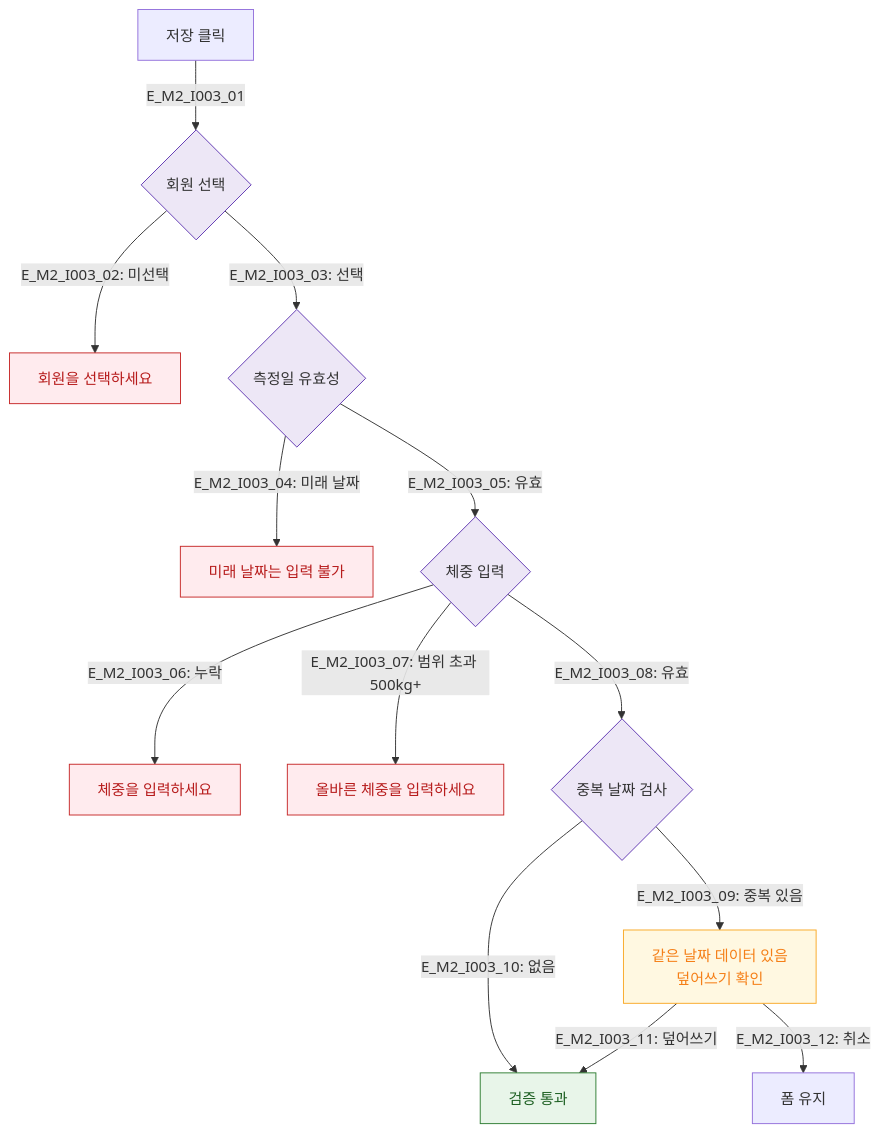
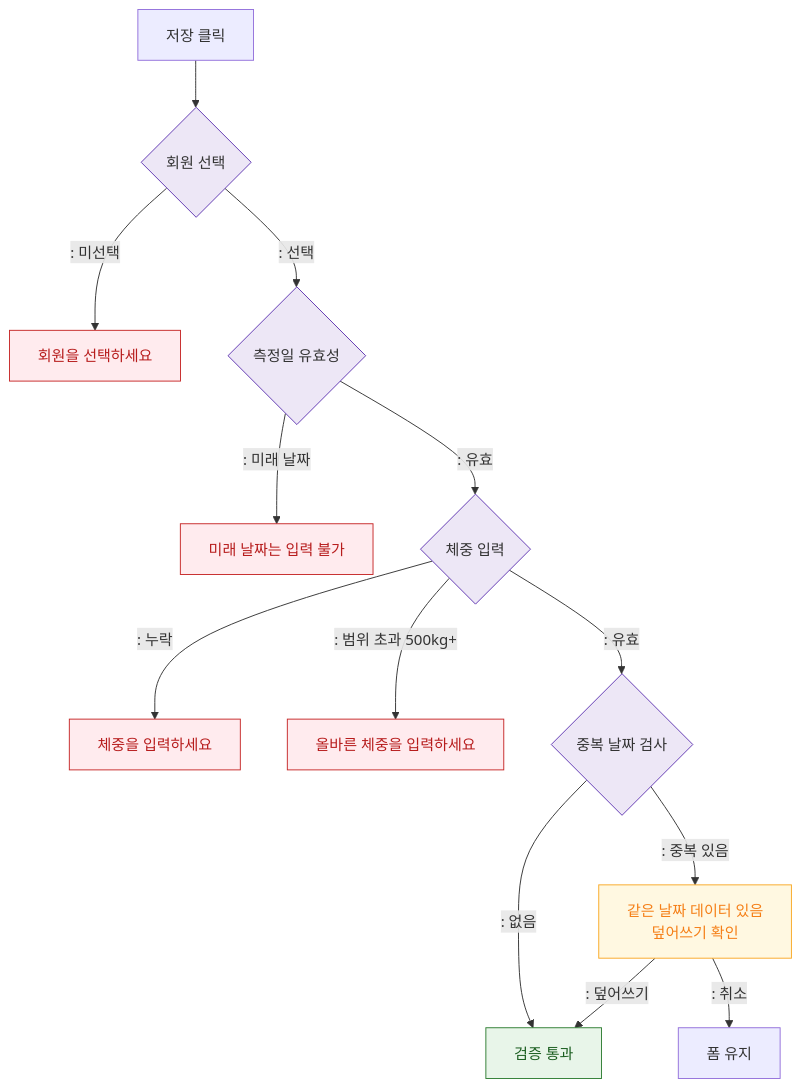
Before and after one commit to dev-spogym/admin-pando: the diagram in docs/다이어그램/D11_통합운영/DLG/DLG-I003_체성분수기등록/M2_필드검증.md, drawn with Mermaid. The commit also changed other lines of this file and 1660 other files, not shown here.

First line of the commit message:
다이어그램: 기획자/클라이언트 납품본으로 정리

````diff
--- a/docs/다이어그램/D11_통합운영/DLG/DLG-I003_체성분수기등록/M2_필드검증.md
+++ b/docs/다이어그램/D11_통합운영/DLG/DLG-I003_체성분수기등록/M2_필드검증.md
@@ -16,27 +14,27 @@
 ```mermaid
 flowchart TD
-    SUBMIT[저장 클릭] -->|E_M2_I003_01| V_MEMBER{회원 선택}
-    V_MEMBER -->|"E_M2_I003_02: 미선택"| ERR_MEMBER[회원을 선택하세요]
-    V_MEMBER -->|"E_M2_I003_03: 선택"| V_DATE{측정일 유효성}
+    SUBMIT[저장 클릭] --> V_MEMBER{회원 선택}
+    V_MEMBER -->|": 미선택"|ERR_MEMBER[회원을 선택하세요]
+    V_MEMBER -->|": 선택"|V_DATE{측정일 유효성}
 
-    V_DATE -->|"E_M2_I003_04: 미래 날짜"| ERR_DATE[미래 날짜는 입력 불가]
-    V_DATE -->|"E_M2_I003_05: 유효"| V_WEIGHT{체중 입력}
+    V_DATE -->|": 미래 날짜"|ERR_DATE[미래 날짜는 입력 불가]
+    V_DATE -->|": 유효"|V_WEIGHT{체중 입력}
 
-    V_WEIGHT -->|"E_M2_I003_06: 누락"| ERR_WEIGHT[체중을 입력하세요]
-    V_WEIGHT -->|"E_M2_I003_07: 범위 초과 500kg+"| ERR_WEIGHT_RANGE[올바른 체중을 입력하세요]
-    V_WEIGHT -->|"E_M2_I003_08: 유효"| V_DUP{중복 날짜 검사}
+    V_WEIGHT -->|": 누락"|ERR_WEIGHT[체중을 입력하세요]
+    V_WEIGHT -->|": 범위 초과 500kg+"|ERR_WEIGHT_RANGE[올바른 체중을 입력하세요]
+    V_WEIGHT -->|": 유효"|V_DUP{중복 날짜 검사}
 
-    V_DUP -->|"E_M2_I003_09: 중복 있음"| WARN_DUP[같은 날짜 데이터 있음\n덮어쓰기 확인]
-    V_DUP -->|"E_M2_I003_10: 없음"| PASS[검증 통과]
-    WARN_DUP -->|"E_M2_I003_11: 덮어쓰기"| PASS
-    WARN_DUP -->|"E_M2_I003_12: 취소"| CANCEL[폼 유지]
+    V_DUP -->|": 중복 있음"|WARN_DUP[같은 날짜 데이터 있음\n덮어쓰기 확인]
+    V_DUP -->|": 없음"|PASS[검증 통과]
+    WARN_DUP -->|": 덮어쓰기"|PASS
+    WARN_DUP -->|": 취소"|CANCEL[폼 유지]
 
-    classDef system       fill:#EDE7F6,stroke:#5E35B2
-    classDef error        fill:#FFEBEE,stroke:#C62828,color:#B71C1C
-    classDef warning      fill:#FFF8E1,stroke:#F9A825,color:#F57F17
-    classDef success      fill:#E8F5E9,stroke:#2E7D32,color:#1B5E20
+    classDef system fill:#EDE7F6,stroke:#5E35B2
+    classDef error fill:#FFEBEE,stroke:#C62828,color:#B71C1C
+    classDef warning fill:#FFF8E1,stroke:#F9A825,color:#F57F17
+    classDef success fill:#E8F5E9,stroke:#2E7D32,color:#1B5E20
     class V_MEMBER,V_DATE,V_WEIGHT,V_DUP system
     class ERR_MEMBER,ERR_DATE,ERR_WEIGHT,ERR_WEIGHT_RANGE error
     class WARN_DUP warning
     class PASS success
 ```
````
